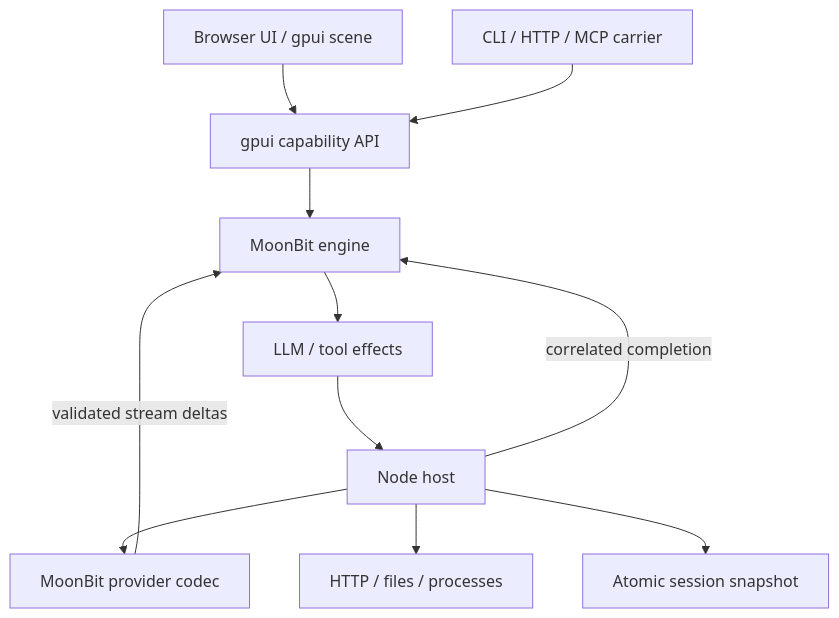
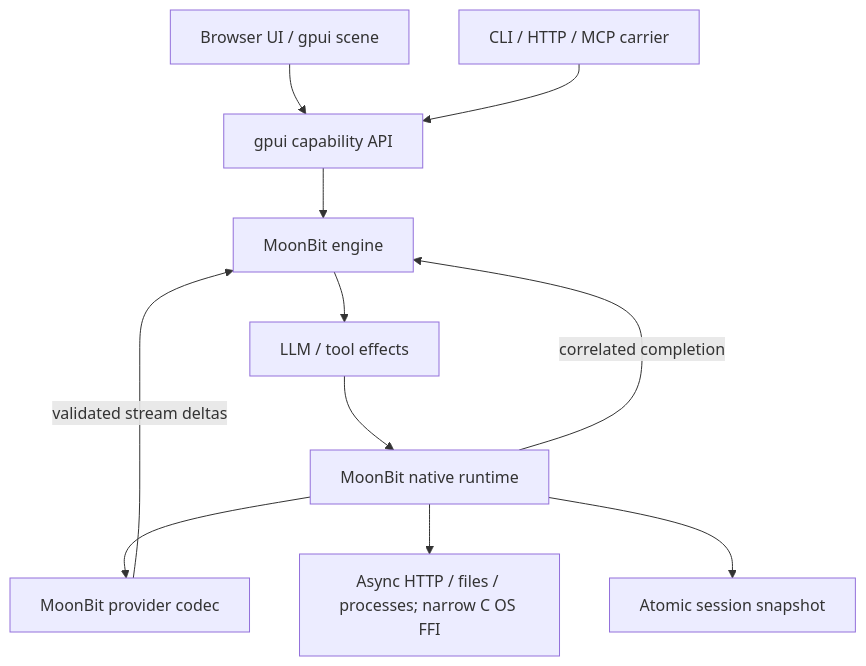
One commit to f4ah6o/dsh.mbt changed the diagram in docs/architecture.md. Above: the diagram before and after it, drawn with Mermaid. The commit also changed other lines of this file and 52 other files, not shown here.

Commit message:
feat: retire Node product host

````diff
--- a/docs/architecture.md
+++ b/docs/architecture.md
@@ -8,13 +9,13 @@
 ```mermaid
 flowchart TD
   UI["Browser UI / gpui scene"] --> API["gpui capability API"]
   CLI["CLI / HTTP / MCP carrier"] --> API
   API --> E["MoonBit engine"]
   E --> Q["LLM / tool effects"]
-  Q --> H["Node host"]
+  Q --> H["MoonBit native runtime"]
   H --> P["MoonBit provider codec"]
   P -->|"validated stream deltas"| E
-  H --> IO["HTTP / files / processes"]
+  H --> IO["Async HTTP / files / processes; narrow C OS FFI"]
   H --> D["Atomic session snapshot"]
   H -->|"correlated completion"| E
 ```
````
